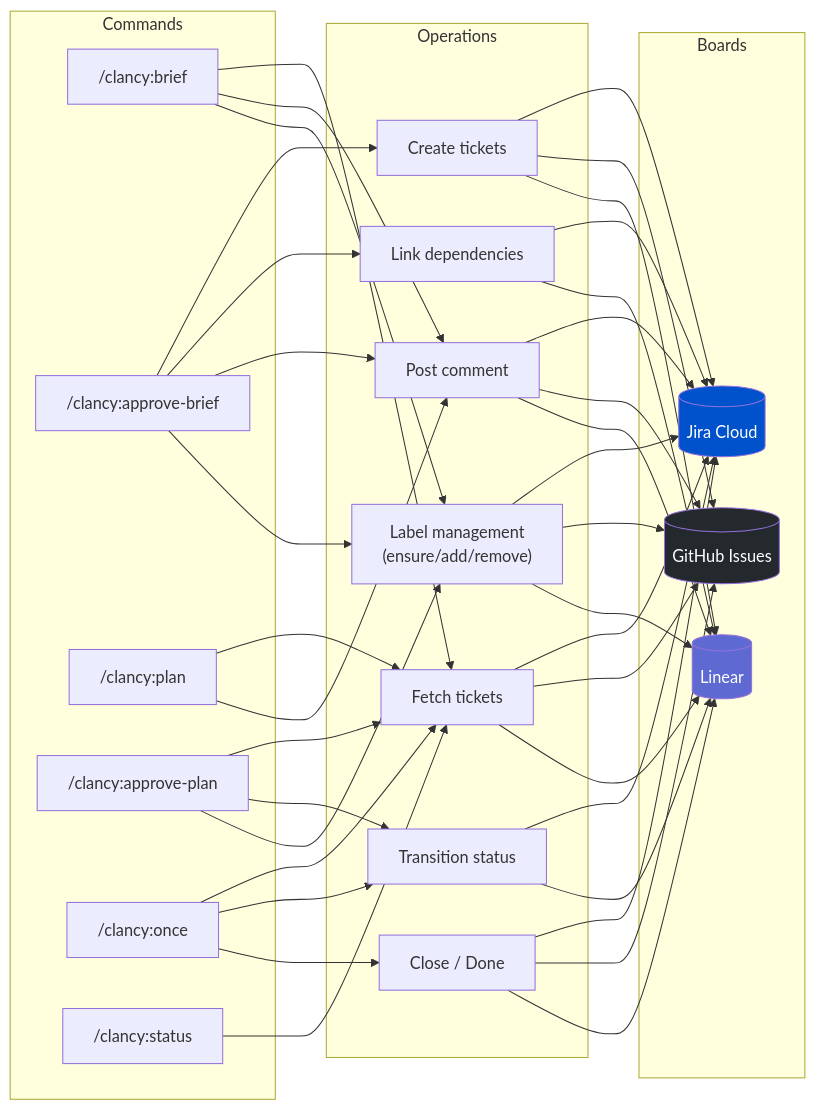
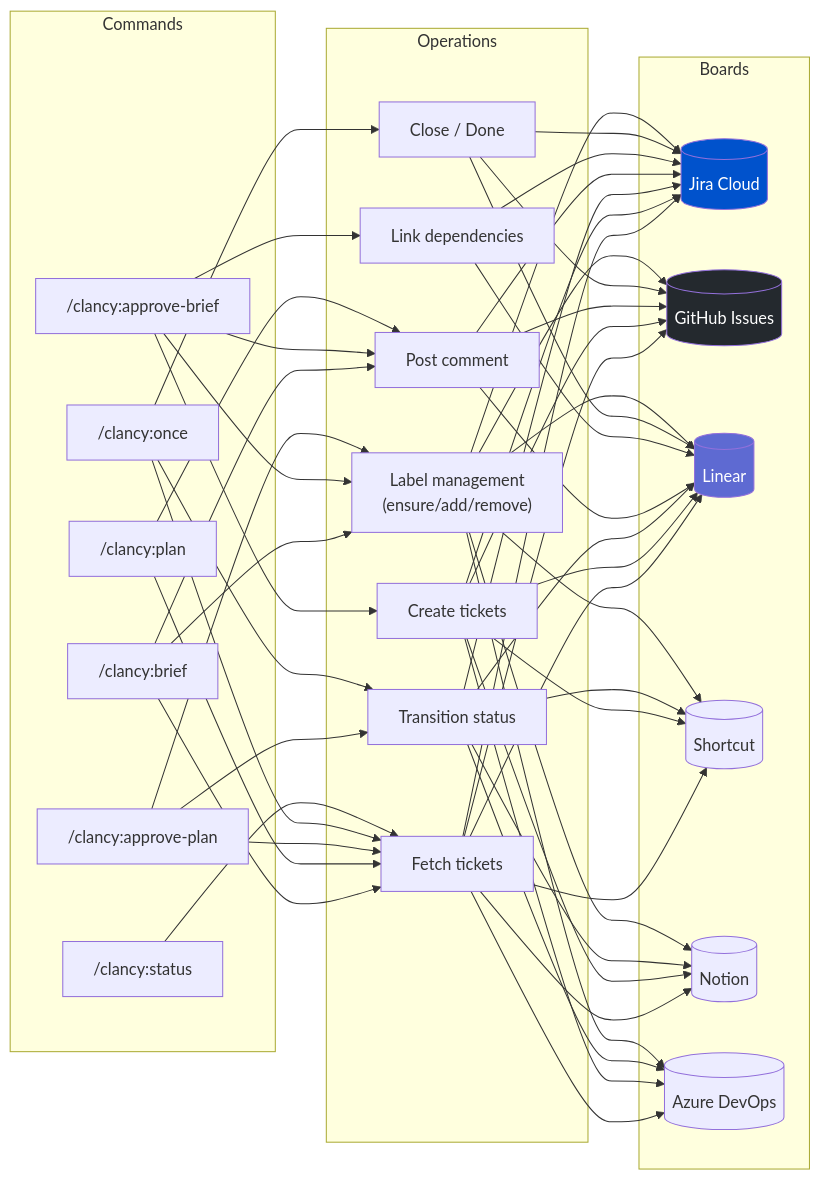
The fifth of 12 diagrams in docs/VISUAL-ARCHITECTURE.md (Pushedskydiver/clancy), drawn with Mermaid before and after one commit. The commit also changed 1 other file, not shown here.

Commit message:
📝 docs: update architecture + visual diagrams for 6 boards
- ARCHITECTURE.md: board/ description + function table now list all 6
- VISUAL-ARCHITECTURE.md: Board API Matrix diagram + connections
  include Shortcut, Notion, Azure DevOps

```diff
--- a/docs/VISUAL-ARCHITECTURE.md
+++ b/docs/VISUAL-ARCHITECTURE.md
@@ -298,6 +298,9 @@
         jira[(Jira Cloud)]
         github[(GitHub Issues)]
         linear[(Linear)]
+        shortcut[(Shortcut)]
+        notion[(Notion)]
+        azdo[(Azure DevOps)]
     end
 
     brief --> fetch
@@ -320,11 +323,20 @@
     fetch --> jira
     fetch --> github
     fetch --> linear
+    fetch --> shortcut
+    fetch --> notion
+    fetch --> azdo
     create --> jira
     create --> github
     create --> linear
+    create --> shortcut
+    create --> notion
+    create --> azdo
     transition --> jira
     transition --> linear
+    transition --> shortcut
+    transition --> notion
+    transition --> azdo
     comment --> jira
     comment --> github
     comment --> linear
@@ -336,6 +348,9 @@
     labelop --> jira
     labelop --> github
     labelop --> linear
+    labelop --> shortcut
+    labelop --> notion
+    labelop --> azdo
 
     style jira fill:#0052CC,color:#fff
     style github fill:#24292e,color:#fff
```
